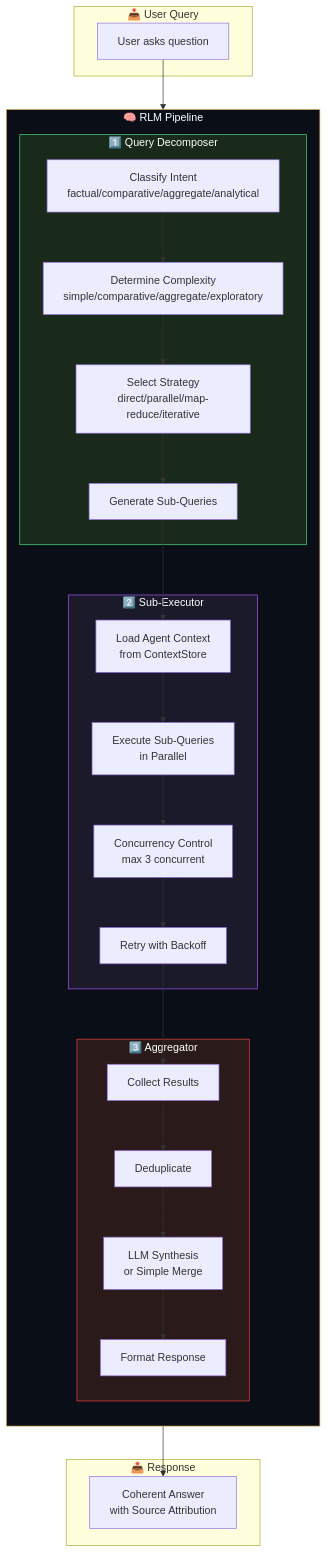
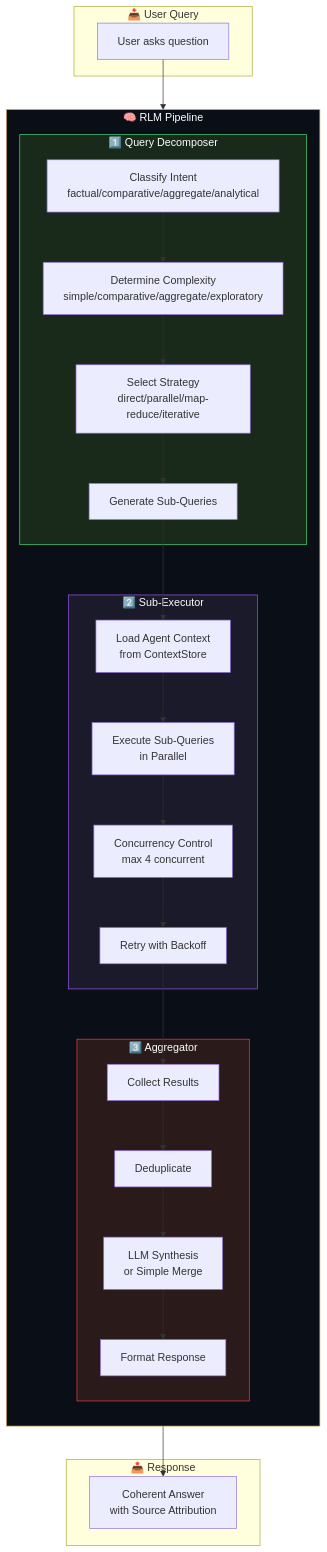
One commit to mjamiv/design-code-agent changed the fourth of 8 diagrams in CLAUDE.md. Above: the diagram before and after it, drawn with Mermaid. The commit also changed other lines of this file and 2 other files, not shown here.

````diff
--- a/CLAUDE.md
+++ b/CLAUDE.md
@@ -342,45 +346,45 @@
 ```mermaid
 flowchart TB
     subgraph Input["📥 User Query"]
         Q1[User asks question]
     end
 
     subgraph RLM["🧠 RLM Pipeline"]
         direction TB
 
         subgraph Decompose["1️⃣ Query Decomposer"]
             D1[Classify Intent<br/>factual/comparative/aggregate/analytical]
             D2[Determine Complexity<br/>simple/comparative/aggregate/exploratory]
             D3[Select Strategy<br/>direct/parallel/map-reduce/iterative]
             D4[Generate Sub-Queries]
         end
 
         subgraph Execute["2️⃣ Sub-Executor"]
             E1[Load Agent Context<br/>from ContextStore]
             E2[Execute Sub-Queries<br/>in Parallel]
-            E3[Concurrency Control<br/>max 3 concurrent]
+            E3[Concurrency Control<br/>max 4 concurrent]
             E4[Retry with Backoff]
         end
 
         subgraph Aggregate["3️⃣ Aggregator"]
             A1[Collect Results]
             A2[Deduplicate]
             A3[LLM Synthesis<br/>or Simple Merge]
             A4[Format Response]
         end
     end
 
     subgraph Output["📤 Response"]
         R1[Coherent Answer<br/>with Source Attribution]
     end
 
     Q1 --> D1 --> D2 --> D3 --> D4
     D4 --> E1 --> E2 --> E3 --> E4
     E4 --> A1 --> A2 --> A3 --> A4
     A4 --> R1
 
     style RLM fill:#0a0e17,stroke:#d4a853,color:#fff
     style Decompose fill:#1a2a1a,stroke:#4ade80,color:#fff
     style Execute fill:#1a1a2a,stroke:#a855f7,color:#fff
     style Aggregate fill:#2a1a1a,stroke:#ef4444,color:#fff
 ```
````
